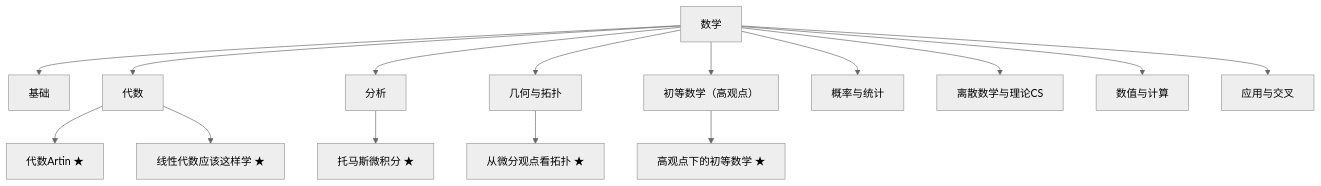
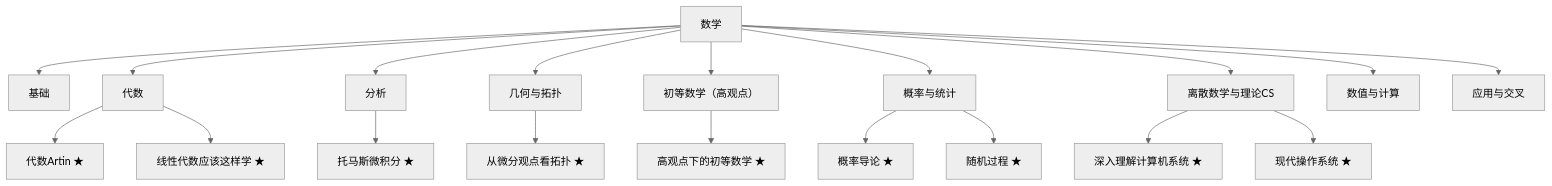
Before and after one commit to lyp0746/lyp-notes: the diagram in 数学大地图.md, drawn with Mermaid (neutral theme). The commit also changed other lines of this file and 56 other files, not shown here.

Commit message:
深化《数学地图》PDF：Nature 风排版(封面/章节样式/页眉/图注) + 4 幅自动生成插图；作者改为李毅芃；新增概率/计算机 4 本书(概率导论/随机过程/CSAPP/现代操作系统)：12 概念+8 实体+4 导读+2 跨书桥接；更新索引与地图，build-figures 纳入流程

````diff
--- a/数学大地图.md
+++ b/数学大地图.md
@@ -30,18 +30,22 @@
 ```mermaid
 graph TD
   M[数学]
   M --> base[基础]
   M --> alg[代数]
   alg --> AT[代数Artin ★]
   alg --> LA[线性代数应该这样学 ★]
   M --> ana[分析]
   ana --> CA[托马斯微积分 ★]
   M --> geo[几何与拓扑]
   geo --> DT[从微分观点看拓扑 ★]
   M --> elem[初等数学（高观点）]
   elem --> KG[高观点下的初等数学 ★]
   M --> prob[概率与统计]
+  prob --> PD[概率导论 ★]
+  prob --> SP[随机过程 ★]
   M --> disc[离散数学与理论CS]
+  disc --> CSAPP[深入理解计算机系统 ★]
+  disc --> MOS[现代操作系统 ★]
   M --> num[数值与计算]
   M --> app[应用与交叉]
 ```
````
